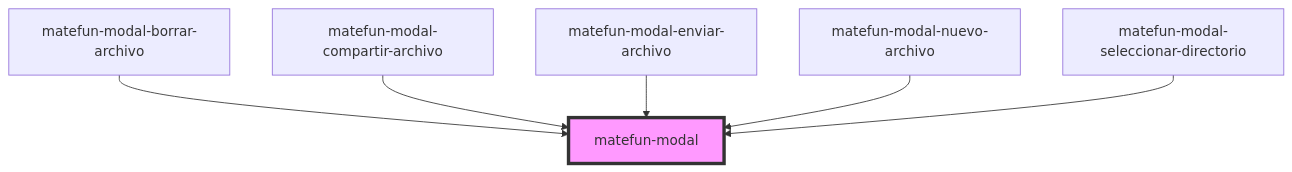
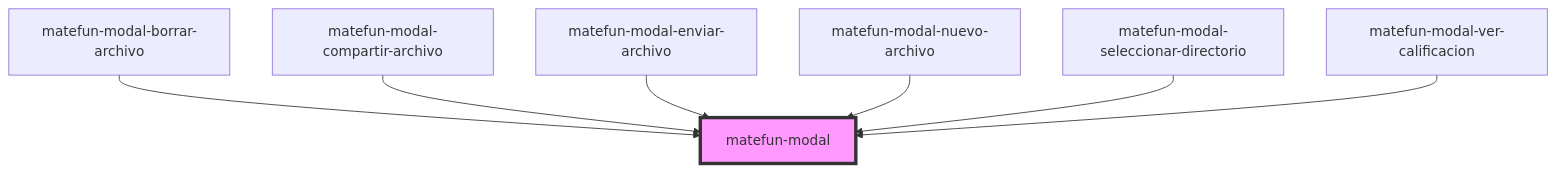
One commit to ncamera/matefun-components changed the diagram in src/components/modal/readme.md. Above: the diagram before and after it, drawn with Mermaid. The commit also changed other lines of this file and 4 other files, not shown here.

Commit message:
Se agrega el modal ver calificacion

````diff
--- a/src/components/modal/readme.md
+++ b/src/components/modal/readme.md
@@ -51,9 +52,10 @@
 ```mermaid
 graph TD;
   matefun-modal-borrar-archivo --> matefun-modal
   matefun-modal-compartir-archivo --> matefun-modal
   matefun-modal-enviar-archivo --> matefun-modal
   matefun-modal-nuevo-archivo --> matefun-modal
   matefun-modal-seleccionar-directorio --> matefun-modal
+  matefun-modal-ver-calificacion --> matefun-modal
   style matefun-modal fill:#f9f,stroke:#333,stroke-width:4px
 ```
````
